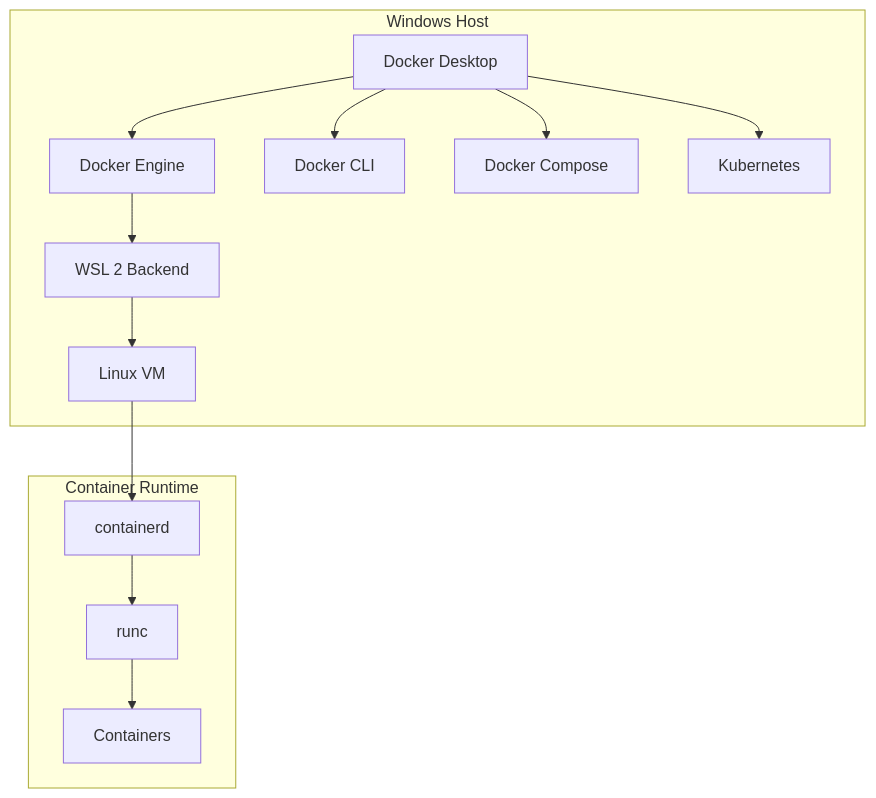
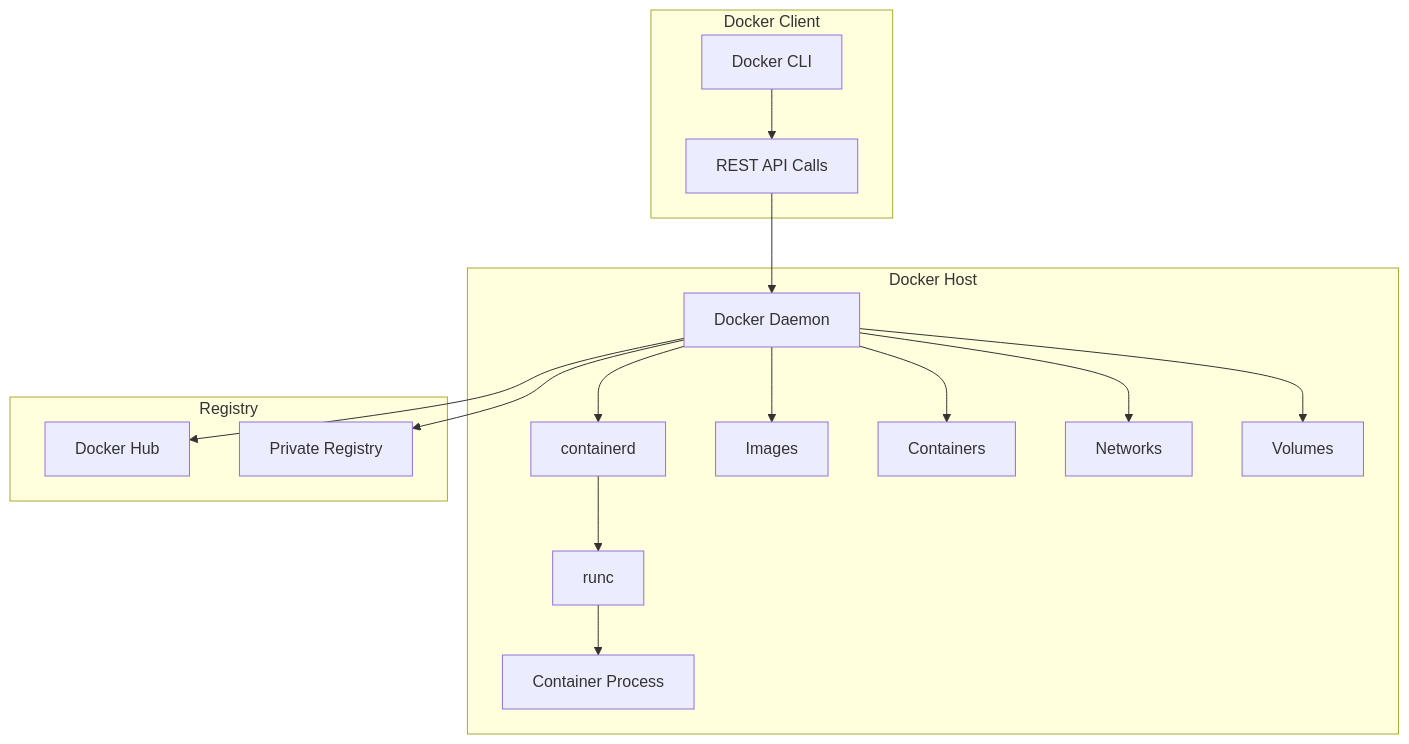
One commit to niceguy61/kdt_devops_lecture_2025 changed the first of 2 diagrams in week_02/day_01/session_01.md. Above: the diagram before and after it, drawn with Mermaid. The commit also changed other lines of this file and 41 other files, not shown here.

````diff
--- a/week_02/day_01/session_01.md
+++ b/week_02/day_01/session_01.md
@@ -15,18 +15,26 @@
 ```mermaid
 graph TB
-    subgraph "Windows Host"
-        A[Docker Desktop] --> B[Docker Engine]
-        B --> C[WSL 2 Backend]
-        C --> D[Linux VM]
-        
-        A --> E[Docker CLI]
-        A --> F[Docker Compose]
-        A --> G[Kubernetes]
+    subgraph "Docker Client"
+        A[Docker CLI] --> B[REST API Calls]
     end
     
-    subgraph "Container Runtime"
-        D --> H[containerd]
-        H --> I[runc]
-        I --> J[Containers]
+    subgraph "Docker Host"
+        C[Docker Daemon] --> D[containerd]
+        D --> E[runc]
+        E --> F[Container Process]
+        
+        C --> G[Images]
+        C --> H[Containers]
+        C --> I[Networks]
+        C --> J[Volumes]
     end
+    
+    subgraph "Registry"
+        K[Docker Hub]
+        L[Private Registry]
+    end
+    
+    B --> C
+    C --> K
+    C --> L
 ```
````
